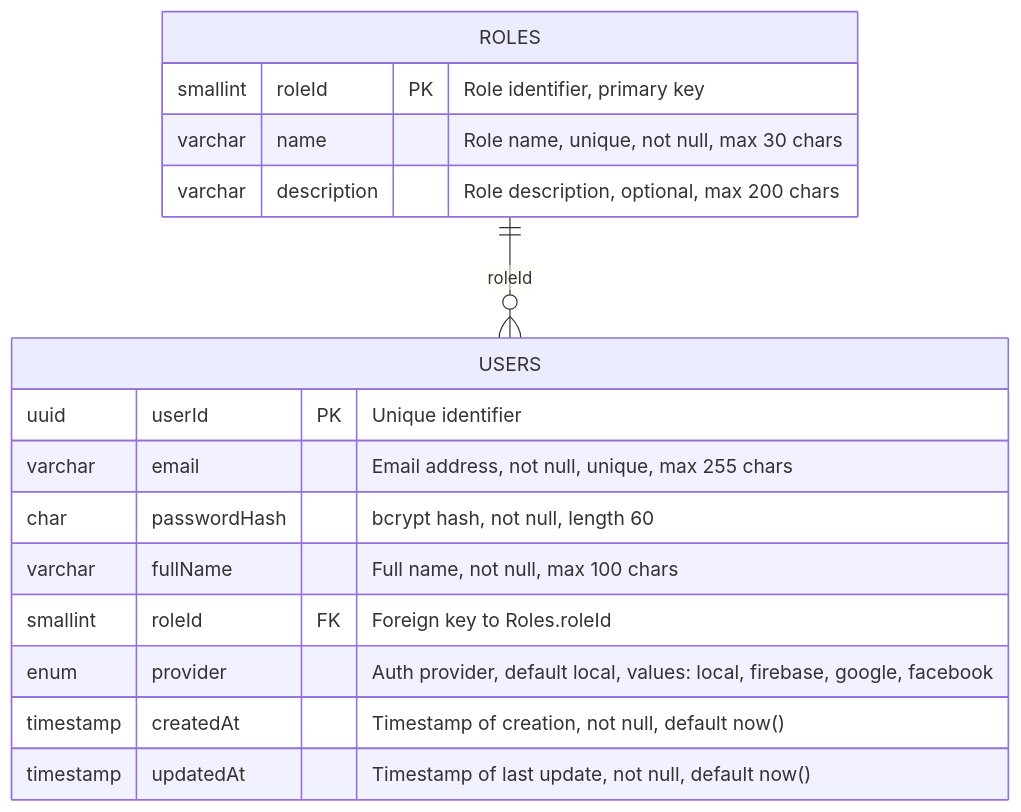
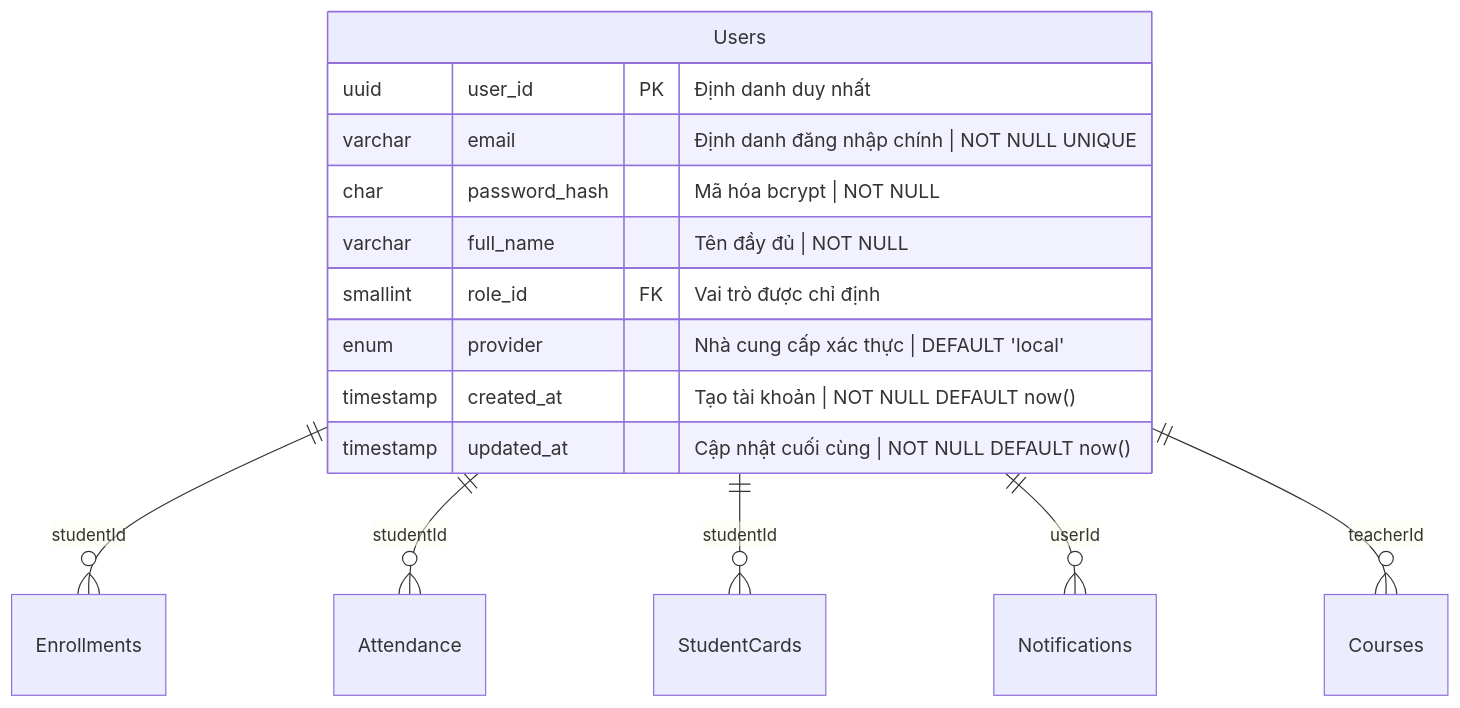
Before and after one commit to hainguyen81/membership-hub: the second of 12 diagrams in docs/requirements/requirements.md, drawn with Mermaid. The commit also changed other lines of this file and 1 other file, not shown here.

````diff
--- a/docs/requirements/requirements.md
+++ b/docs/requirements/requirements.md
@@ -56,19 +402,18 @@
-  ```mermaid
-  erDiagram
-      USERS {
-          uuid userId PK "Unique identifier"
-          varchar email "Email address, not null, unique, max 255 chars"
-          char passwordHash "bcrypt hash, not null, length 60"
-          varchar fullName "Full name, not null, max 100 chars"
-          smallint roleId FK "Foreign key to Roles.roleId"
-          enum provider "Auth provider, default local, values: local, firebase, google, facebook"
-          timestamp createdAt "Timestamp of creation, not null, default now()"
-          timestamp updatedAt "Timestamp of last update, not null, default now()"
-      }
-      ROLES {
-          smallint roleId PK "Role identifier, primary key"
-          varchar name "Role name, unique, not null, max 30 chars"
-          varchar description "Role description, optional, max 200 chars"
-      }
-      ROLES ||--o{ USERS : "roleId"
-  ```
+```mermaid
+erDiagram
+    Users {
+        uuid user_id PK "Định danh duy nhất"
+        varchar email "Định danh đăng nhập chính | NOT NULL UNIQUE"
+        char password_hash "Mã hóa bcrypt | NOT NULL"
+        varchar full_name "Tên đầy đủ | NOT NULL"
+        smallint role_id FK "Vai trò được chỉ định"
+        enum provider "Nhà cung cấp xác thực | DEFAULT 'local'"
+        timestamp created_at "Tạo tài khoản | NOT NULL DEFAULT now()"
+        timestamp updated_at "Cập nhật cuối cùng | NOT NULL DEFAULT now()"
+    }
+    Users ||--o{ Enrollments : "studentId"
+    Users ||--o{ Attendance : "studentId"
+    Users ||--o{ StudentCards : "studentId"
+    Users ||--o{ Notifications : "userId"
+    Users ||--o{ Courses : "teacherId"
+```
````
